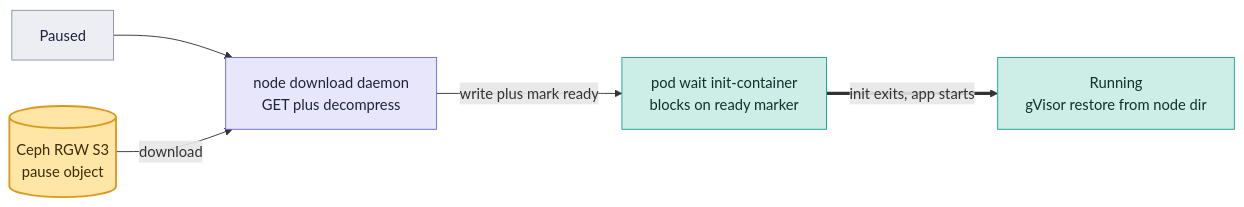
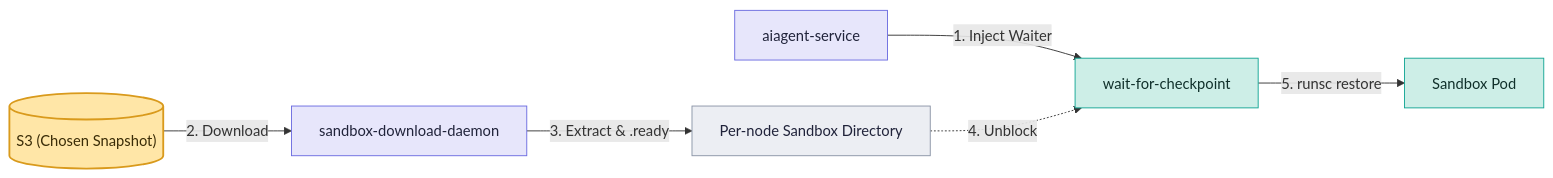
The fifth of 6 diagrams in README.md (chandini1727/plant_disease_app), drawn with Mermaid before and after one commit. The commit also changed other lines of this file, not shown here.

````diff
--- a/README.md
+++ b/README.md
@@ -291,16 +218,13 @@
 ```mermaid
 flowchart LR
-    Z["Paused"]:::store
-    DM["node download daemon<br/>GET plus decompress"]:::cp
-    S3[("Ceph RGW S3<br/>pause object")]:::star
-    WAIT["pod wait init-container<br/>blocks on ready marker"]:::dp
-    R["Running<br/>gVisor restore from node dir"]:::dp
-    Z --> DM
-    S3 -->|"download"| DM
-    DM -->|"write plus mark ready"| WAIT
-    WAIT ==>|"init exits, app starts"| R
+    CP["aiagent-service"]:::cp -->|"1. Inject Waiter"| WAIT["wait-for-checkpoint"]:::dp
+    S3[("S3 (Chosen Snapshot)")]:::star -->|"2. Download"| DD["sandbox-download-daemon"]:::cp
+    DD -->|"3. Extract & .ready"| LD["Per-node Sandbox Directory"]:::store
+    LD -.->|"4. Unblock"| WAIT
+    WAIT -->|"5. runsc restore"| RUN["Sandbox Pod"]:::dp
+
     classDef cp fill:#e7e6fb,stroke:#6b6be0,color:#20233a
     classDef dp fill:#cdeee7,stroke:#12a594,color:#10302b
     classDef store fill:#eceef3,stroke:#8a93a6,color:#20233a
     classDef star fill:#ffe6a7,stroke:#d99a1c,stroke-width:2px,color:#3a2c07
 ```
````
